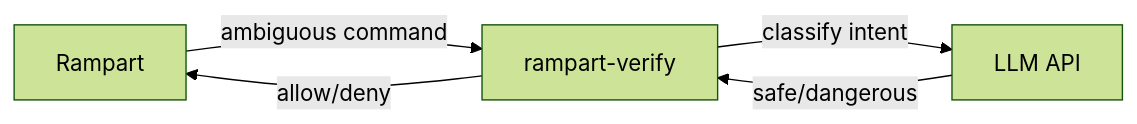
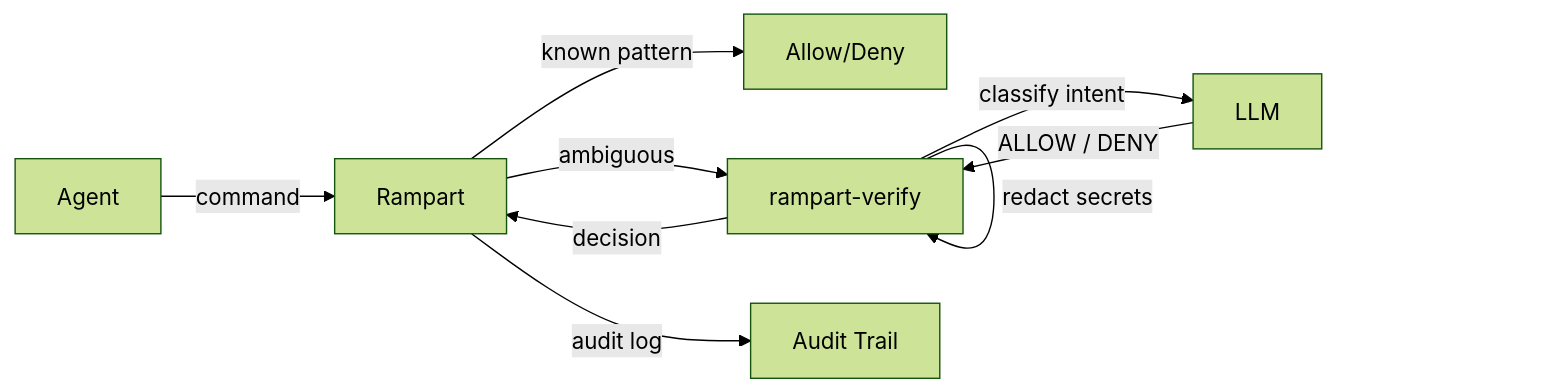
One commit to peg/rampart changed the diagram in docs-site/features/semantic-verification.md. Above: the diagram before and after it, drawn with Mermaid (forest theme). The commit also changed other lines of this file and 8 other files, not shown here.

````diff
--- a/docs-site/features/semantic-verification.md
+++ b/docs-site/features/semantic-verification.md
@@ -79,7 +123,11 @@
 ```mermaid
 graph LR
-    R[Rampart] -->|ambiguous command| V[rampart-verify]
-    V -->|classify intent| LLM[LLM API]
-    LLM -->|safe/dangerous| V
-    V -->|allow/deny| R
+    A[Agent] -->|command| R[Rampart]
+    R -->|known pattern| D1[Allow/Deny]
+    R -->|ambiguous| V[rampart-verify]
+    V -->|redact secrets| V
+    V -->|classify intent| LLM[LLM]
+    LLM -->|ALLOW / DENY| V
+    V -->|decision| R
+    R -->|audit log| L[Audit Trail]
 ```
````
